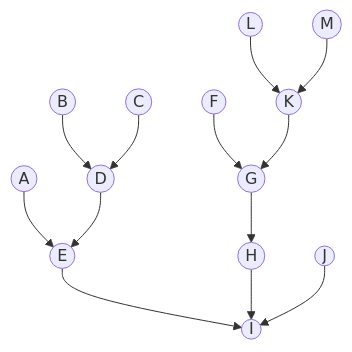
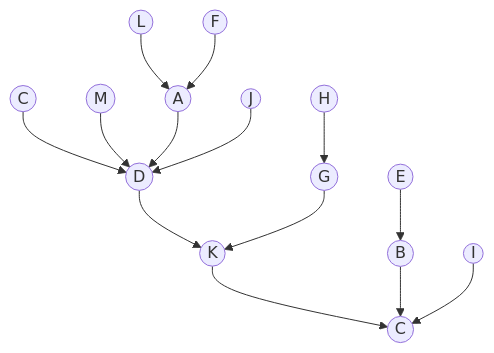
Before and after one commit to HSE-algo-23-crow/manual_tasks: the first of 3 diagrams in task_9/mongolian_tomatoes_task_9.md, drawn with Mermaid.

Commit message:
Update mongolian_tomatoes_task_9.md
Граф 1

````diff
--- a/task_9/mongolian_tomatoes_task_9.md
+++ b/task_9/mongolian_tomatoes_task_9.md
@@ -16,15 +16,16 @@
 ```mermaid
 graph TB
-    E((E))-->I((I))
-    H((H))-->I((I))
-    J((J))-->I((I))
-    A((A))-->E((E))
-    D((D))-->E((E))
-    B((B))-->D((D))
+    K((K))-->С((С))
+    B((B))-->С((С))
+    I((I))-->С((С))
+    E((E))-->B((B))
+    D((D))-->K((K))
+    G((G))-->K((K))
     C((C))-->D((D))
-    G((G))-->H((H))
-    F((F))-->G((G))
-    K((K))-->G((G))
-    L((L))-->K((K))
-    M((M))-->K((K))
+    H((H))-->G((G))
+    M((M))-->D((D))
+    A((A))-->D((D))
+    J((J))-->D((D))
+    L((L))-->A((A))
+    F((F))-->A((A))
 ```
````
